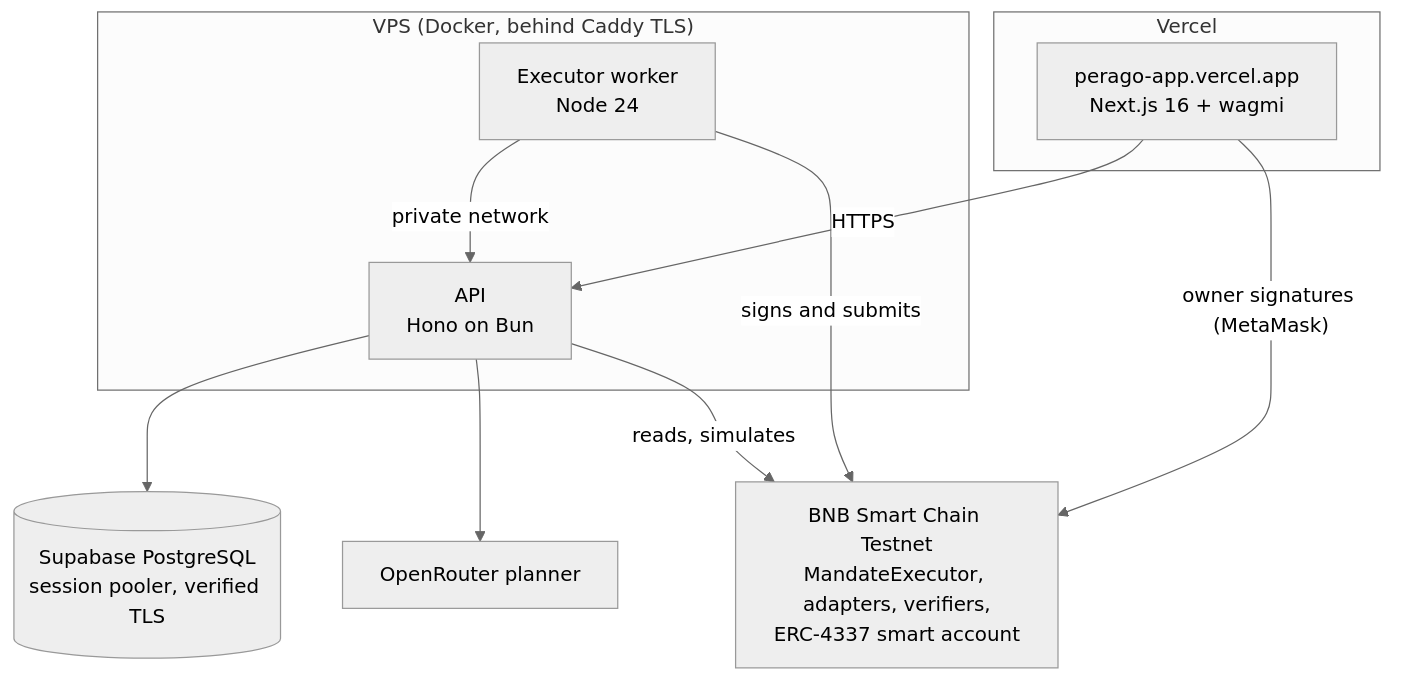
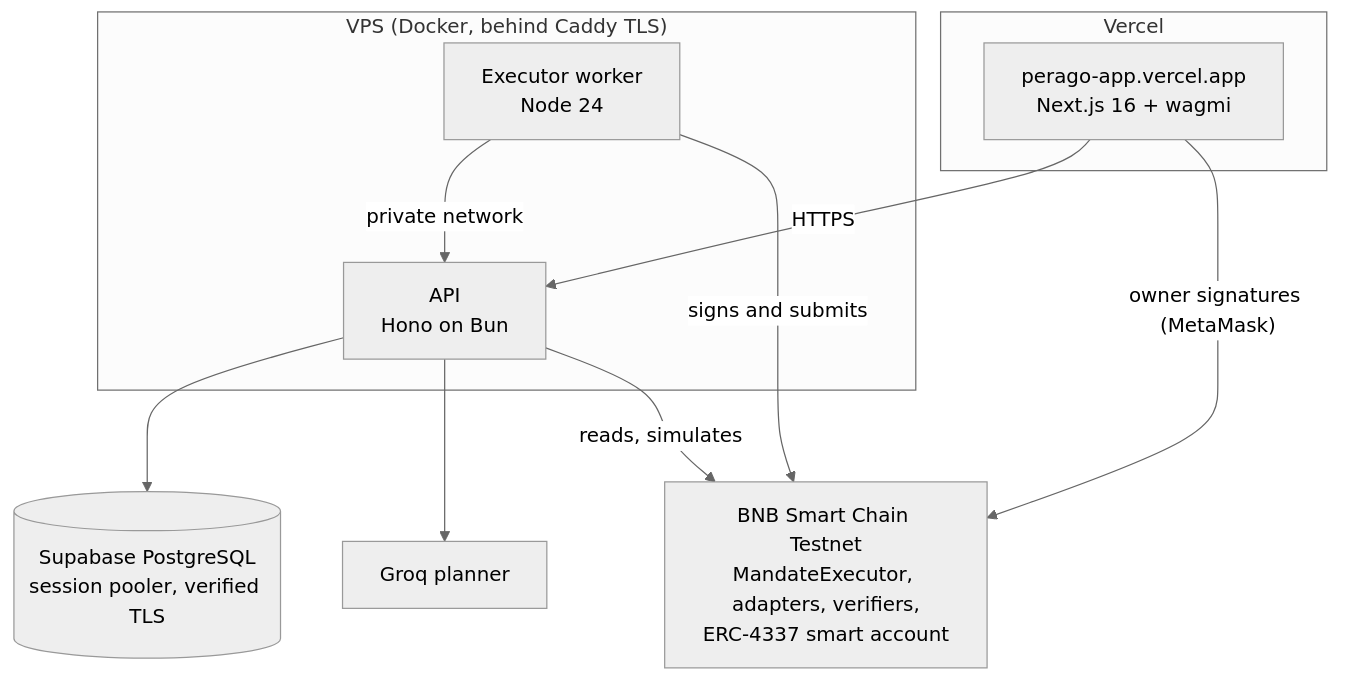
Before and after one commit to Dylansius11/perago: the third of 3 diagrams in README.md, drawn with Mermaid (neutral theme). The commit also changed other lines of this file and 13 other files, not shown here.

First line of the commit message:
feat(api): plan intents with Groq qwen/qwen3.8-27b instead of OpenRouter

````diff
--- a/README.md
+++ b/README.md
@@ -97,21 +97,21 @@
 ```mermaid
 flowchart TB
     subgraph Vercel
         W["perago-app.vercel.app<br/>Next.js 16 + wagmi"]
     end
     subgraph VPS["VPS (Docker, behind Caddy TLS)"]
         A["API<br/>Hono on Bun"]
         X["Executor worker<br/>Node 24"]
     end
     DB[("Supabase PostgreSQL<br/>session pooler, verified TLS")]
-    L["OpenRouter planner"]
+    L["Groq planner"]
     C["BNB Smart Chain Testnet<br/>MandateExecutor, adapters, verifiers,<br/>ERC-4337 smart account"]
 
     W -->|HTTPS| A
     W -->|"owner signatures (MetaMask)"| C
     A --> DB
     A --> L
     A -->|"reads, simulates"| C
     X -->|"private network"| A
     X -->|"signs and submits"| C
 ```
````
